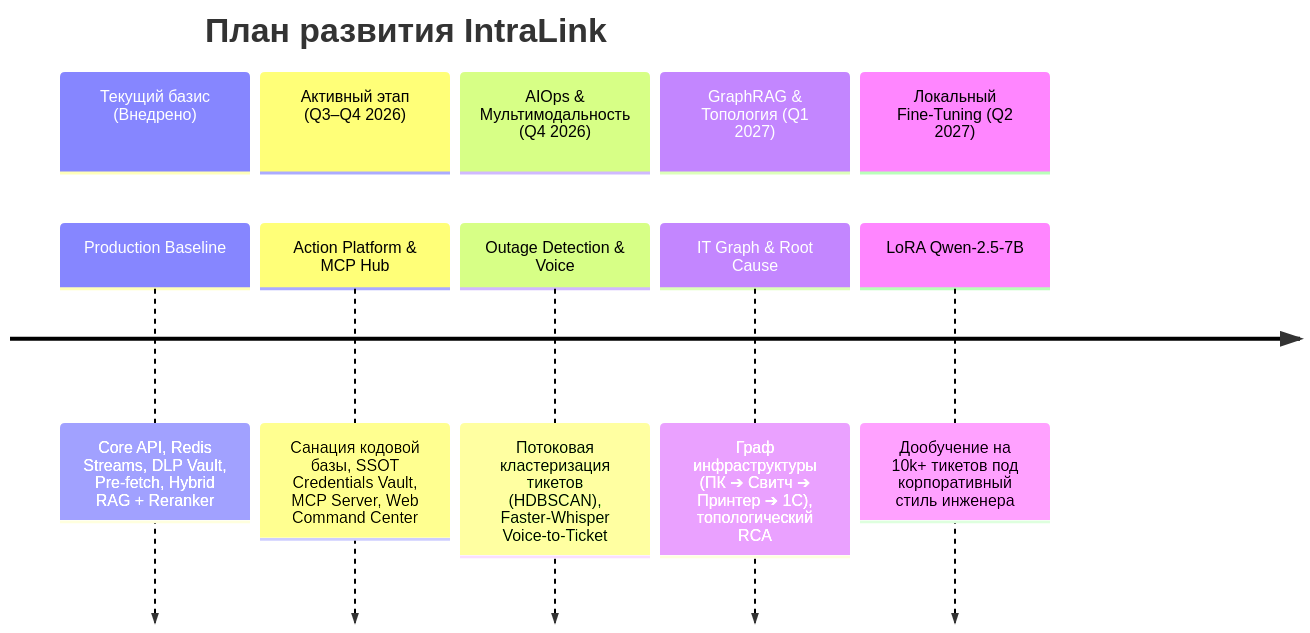
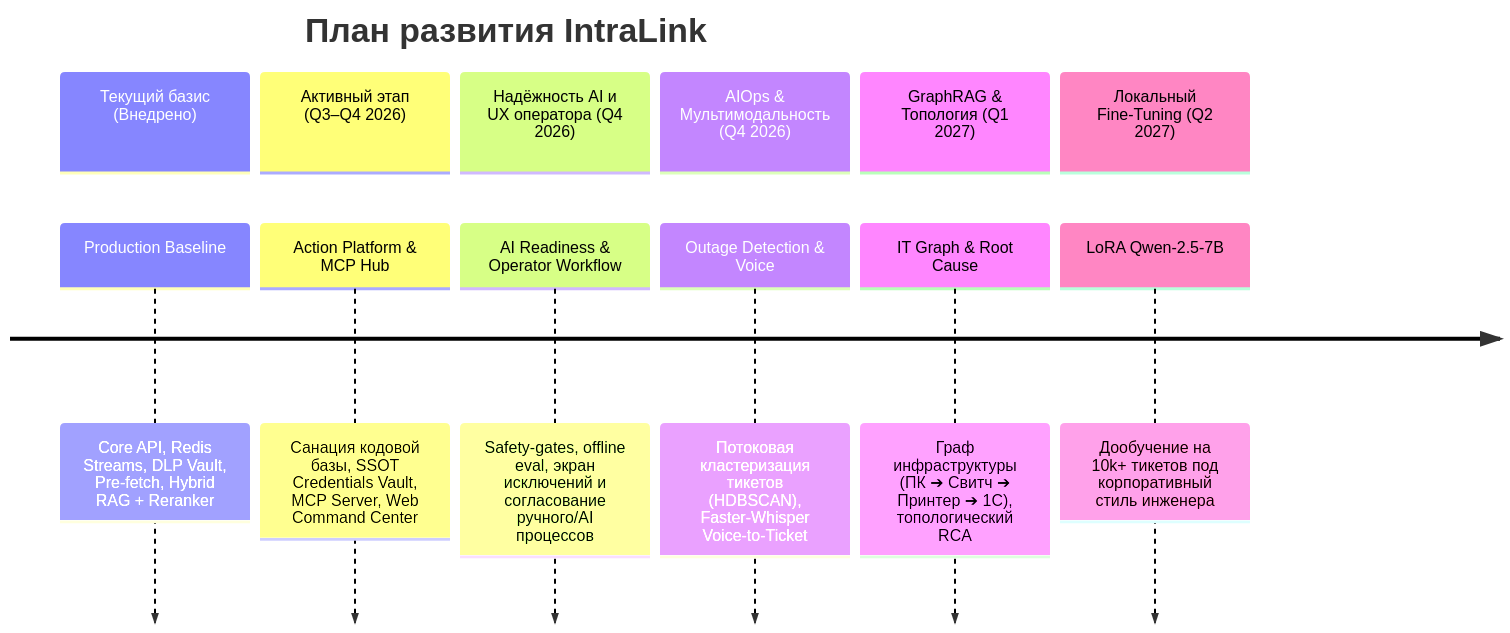
One commit to Unlesssebl/IntraLink changed the second of 2 diagrams in docs/roadmap.md. Above: the diagram before and after it, drawn with Mermaid. The commit also changed other lines of this file and 18 other files, not shown here.

Commit message:
feat: add AI safety gates and offline eval

````diff
--- a/docs/roadmap.md
+++ b/docs/roadmap.md
@@ -39,14 +39,16 @@
 ```mermaid
 timeline
     title План развития IntraLink
     section Текущий базис (Внедрено)
         Production Baseline : Core API, Redis Streams, DLP Vault, Pre-fetch, Hybrid RAG + Reranker
     section Активный этап (Q3–Q4 2026)
         Action Platform & MCP Hub : Санация кодовой базы, SSOT Credentials Vault, MCP Server, Web Command Center
+    section Надёжность AI и UX оператора (Q4 2026)
+        AI Readiness & Operator Workflow : Safety-gates, offline eval, экран исключений и согласование ручного/AI процессов
     section AIOps & Мультимодальность (Q4 2026)
         Outage Detection & Voice : Потоковая кластеризация тикетов (HDBSCAN), Faster-Whisper Voice-to-Ticket
     section GraphRAG & Топология (Q1 2027)
         IT Graph & Root Cause : Граф инфраструктуры (ПК ➔ Свитч ➔ Принтер ➔ 1С), топологический RCA
     section Локальный Fine-Tuning (Q2 2027)
         LoRA Qwen-2.5-7B : Дообучение на 10k+ тикетов под корпоративный стиль инженера
 ```
````
